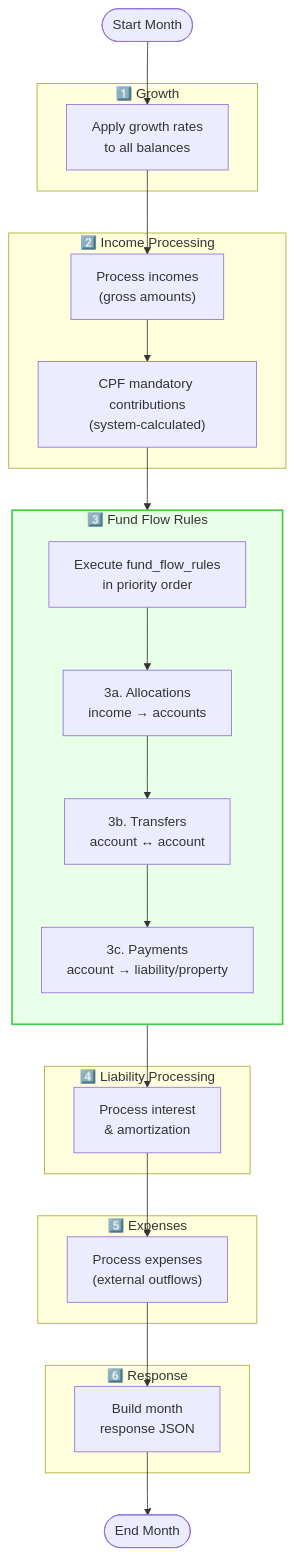
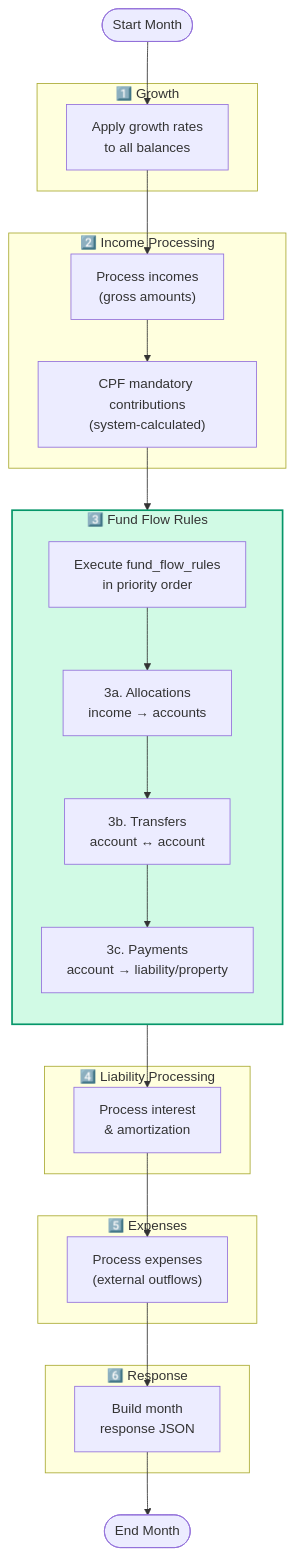
One commit to jcleow/wealthproject changed the ninth of 11 diagrams in specs/fund-flow-rules.md. Above: the diagram before and after it, drawn with Mermaid. The commit also changed other lines of this file and 3 other files, not shown here.

First line of the commit message:
feat(fund-flow-rules): add Phase 4 expense rules spec and comprehensive tests

````diff
--- a/specs/fund-flow-rules.md
+++ b/specs/fund-flow-rules.md
@@ -894,48 +1014,48 @@
 ```mermaid
 flowchart TD
     Start([Start Month]) --> Growth
 
     subgraph Step1["1️⃣ Growth"]
         Growth["Apply growth rates<br/>to all balances"]
     end
 
     Growth --> Income
 
     subgraph Step2["2️⃣ Income Processing"]
         Income["Process incomes<br/>(gross amounts)"]
         Income --> CPFMandatory["CPF mandatory contributions<br/>(system-calculated)"]
     end
 
     CPFMandatory --> FundFlows
 
     subgraph Step3["3️⃣ Fund Flow Rules"]
         direction TB
         FundFlows["Execute fund_flow_rules<br/>in priority order"]
 
         FundFlows --> Alloc["3a. Allocations<br/>income → accounts"]
         Alloc --> Trans["3b. Transfers<br/>account ↔ account"]
         Trans --> Pay["3c. Payments<br/>account → liability/property"]
     end
 
     Pay --> Liability
 
     subgraph Step4["4️⃣ Liability Processing"]
         Liability["Process interest<br/>& amortization"]
     end
 
     Liability --> Expenses
 
     subgraph Step5["5️⃣ Expenses"]
         Expenses["Process expenses<br/>(external outflows)"]
     end
 
     Expenses --> Response
 
     subgraph Step6["6️⃣ Response"]
         Response["Build month<br/>response JSON"]
     end
 
     Response --> End([End Month])
 
-    style Step3 fill:#e8ffe8,stroke:#4c4,stroke-width:2px
+    style Step3 fill:#d1fae5,stroke:#059669,stroke-width:2px
 ```
````
